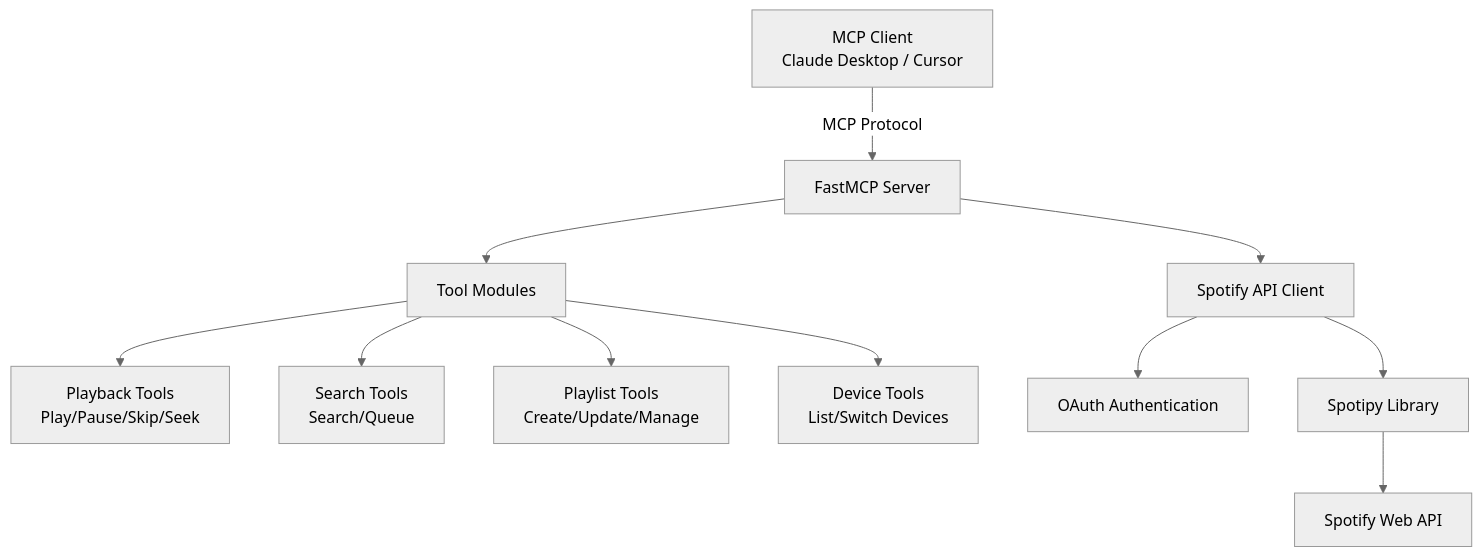
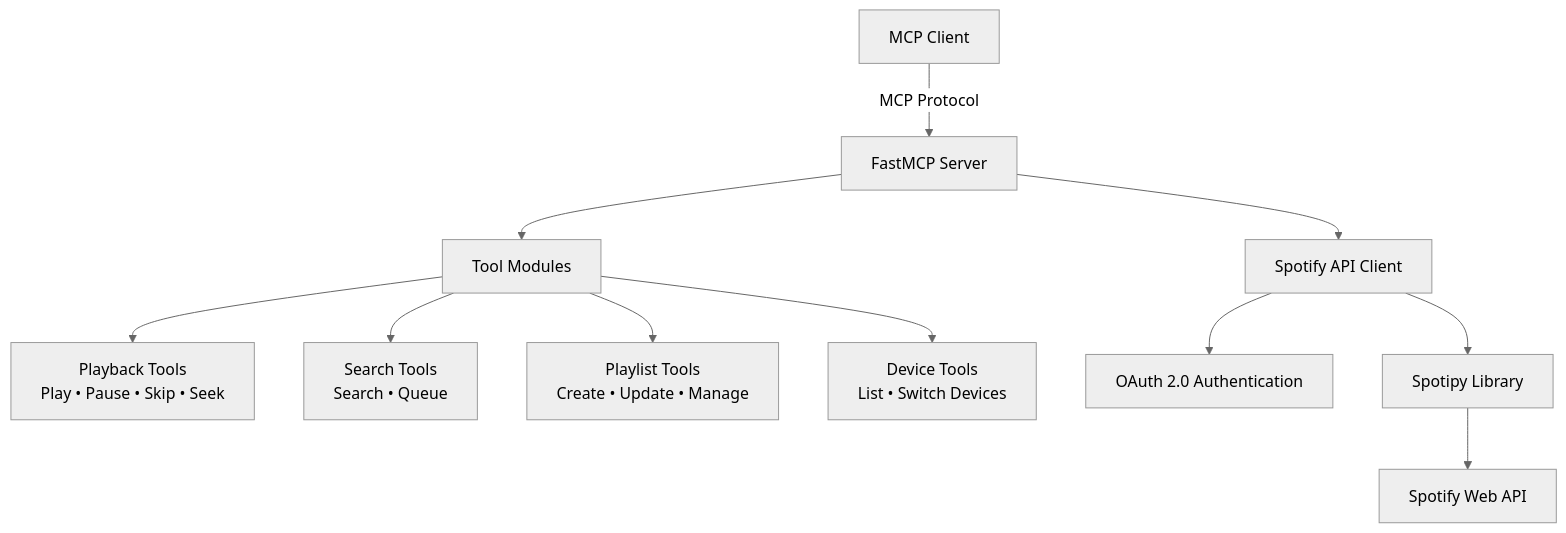
Before and after one commit to or-ben-harosh/spotify-mcp: the diagram in README.md, drawn with Mermaid (neutral theme). The commit also changed other lines of this file and 6 other files, not shown here.

````diff
--- a/README.md
+++ b/README.md
@@ -7,18 +24,18 @@
 ```mermaid
 graph TB
-    Client[MCP Client<br/>Claude Desktop / Cursor]
+    Client[MCP Client]
     
     Client -->|MCP Protocol| Server[FastMCP Server]
     
     Server --> Tools[Tool Modules]
-    Tools --> Playback[Playback Tools<br/>Play/Pause/Skip/Seek]
-    Tools --> Search[Search Tools<br/>Search/Queue]
-    Tools --> Playlists[Playlist Tools<br/>Create/Update/Manage]
-    Tools --> Devices[Device Tools<br/>List/Switch Devices]
+    Tools --> Playback[Playback Tools<br/>Play • Pause • Skip • Seek]
+    Tools --> Search[Search Tools<br/>Search • Queue]
+    Tools --> Playlists[Playlist Tools<br/>Create • Update • Manage]
+    Tools --> Devices[Device Tools<br/>List • Switch Devices]
     
     Server --> API[Spotify API Client]
-    API --> Auth[OAuth Authentication]
+    API --> Auth[OAuth 2.0 Authentication]
     API --> Spotipy[Spotipy Library]
     
     Spotipy --> Spotify[Spotify Web API]
 ```
````
